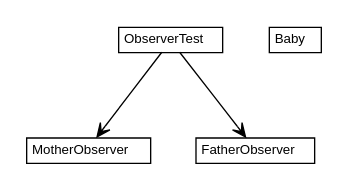
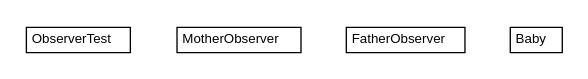
Before and after one commit to dayatang/dddlib: the diagram in dddlib-observer/testapidocs/org/dayatang/observer/domain/org.dayatang.observer.domain.dot, drawn with Graphviz. The commit also changed 113 other files, not shown here.

```diff
--- a/dddlib-observer/testapidocs/org/dayatang/observer/domain/org.dayatang.observer.domain.dot
+++ b/dddlib-observer/testapidocs/org/dayatang/observer/domain/org.dayatang.observer.domain.dot
@@ -1,40 +1,36 @@
 #!/usr/local/bin/dot
 #
 # Class diagram 
 # Generated by UMLGraph version R5_6_6-8-g8d7759 (http://www.umlgraph.org/)
 #
 
 digraph G {
 	edge [fontname="Helvetica",fontsize=10,labelfontname="Helvetica",labelfontsize=10];
 	node [fontname="Helvetica",fontsize=10,shape=plaintext];
 	nodesep=0.25;
 	ranksep=0.5;
 	// org.dayatang.observer.domain.ObserverTest
 	c0 [label=<<table title="org.dayatang.observer.domain.ObserverTest" border="0" cellborder="1" cellspacing="0" cellpadding="2" port="p" href="./ObserverTest.html">
 		<tr><td><table border="0" cellspacing="0" cellpadding="1">
 <tr><td align="center" balign="center"> ObserverTest </td></tr>
 		</table></td></tr>
 		</table>>, URL="./ObserverTest.html", fontname="Helvetica", fontcolor="black", fontsize=10.0];
 	// org.dayatang.observer.domain.MotherObserver
 	c1 [label=<<table title="org.dayatang.observer.domain.MotherObserver" border="0" cellborder="1" cellspacing="0" cellpadding="2" port="p" href="./MotherObserver.html">
 		<tr><td><table border="0" cellspacing="0" cellpadding="1">
 <tr><td align="center" balign="center"> MotherObserver </td></tr>
 		</table></td></tr>
 		</table>>, URL="./MotherObserver.html", fontname="Helvetica", fontcolor="black", fontsize=10.0];
 	// org.dayatang.observer.domain.FatherObserver
 	c2 [label=<<table title="org.dayatang.observer.domain.FatherObserver" border="0" cellborder="1" cellspacing="0" cellpadding="2" port="p" href="./FatherObserver.html">
 		<tr><td><table border="0" cellspacing="0" cellpadding="1">
 <tr><td align="center" balign="center"> FatherObserver </td></tr>
 		</table></td></tr>
 		</table>>, URL="./FatherObserver.html", fontname="Helvetica", fontcolor="black", fontsize=10.0];
 	// org.dayatang.observer.domain.Baby
 	c3 [label=<<table title="org.dayatang.observer.domain.Baby" border="0" cellborder="1" cellspacing="0" cellpadding="2" port="p" href="./Baby.html">
 		<tr><td><table border="0" cellspacing="0" cellpadding="1">
 <tr><td align="center" balign="center"> Baby </td></tr>
 		</table></td></tr>
 		</table>>, URL="./Baby.html", fontname="Helvetica", fontcolor="black", fontsize=10.0];
-	// org.dayatang.observer.domain.ObserverTest NAVASSOC org.dayatang.observer.domain.MotherObserver
-	c0:p -> c1:p [taillabel="", label=" "headlabel="", fontname="Helvetica", fontcolor="black", fontsize=10.0, color="black", arrowhead=open];
-	// org.dayatang.observer.domain.ObserverTest NAVASSOC org.dayatang.observer.domain.FatherObserver
-	c0:p -> c2:p [taillabel="", label=" "headlabel="", fontname="Helvetica", fontcolor="black", fontsize=10.0, color="black", arrowhead=open];
 }
```
